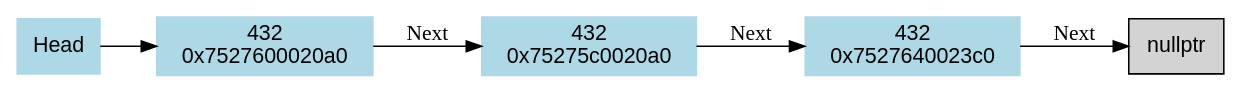
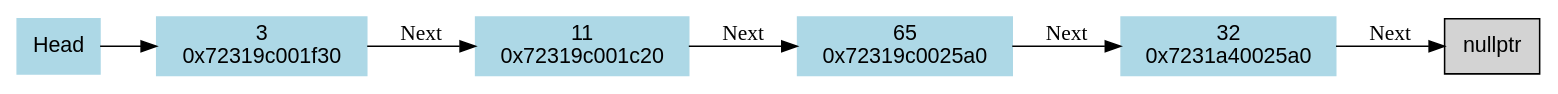
One commit to HenryD11703/estructuras-de-datos changed the diagram in utils/graphviz/linkedList.dot. Above: the diagram before and after it, drawn with Graphviz. The commit also changed 2 other files, not shown here.

```diff
--- a/utils/graphviz/linkedList.dot
+++ b/utils/graphviz/linkedList.dot
@@ -1,13 +1,15 @@
 digraph g {
 node [shape=box, style=filled, fontname="Helvetica"];
 Head [label="Head", color=lightblue, fillcolor=lightblue];
-Head ->"0x7527600020a0"
-"0x7527600020a0"[label="432\n0x7527600020a0", color=lightblue, fillcolor=lightblue];
-"0x7527600020a0" -> "0x75275c0020a0"[label="Next", color=black];
-"0x75275c0020a0"[label="432\n0x75275c0020a0", color=lightblue, fillcolor=lightblue];
-"0x75275c0020a0" -> "0x7527640023c0"[label="Next", color=black];
-"0x7527640023c0"[label="432\n0x7527640023c0", color=lightblue, fillcolor=lightblue];
-"0x7527640023c0" -> nullptr [label="Next", color=black];
+Head ->"0x72319c001f30"
+"0x72319c001f30"[label="3\n0x72319c001f30", color=lightblue, fillcolor=lightblue];
+"0x72319c001f30" -> "0x72319c001c20"[label="Next", color=black];
+"0x72319c001c20"[label="11\n0x72319c001c20", color=lightblue, fillcolor=lightblue];
+"0x72319c001c20" -> "0x72319c0025a0"[label="Next", color=black];
+"0x72319c0025a0"[label="65\n0x72319c0025a0", color=lightblue, fillcolor=lightblue];
+"0x72319c0025a0" -> "0x7231a40025a0"[label="Next", color=black];
+"0x7231a40025a0"[label="32\n0x7231a40025a0", color=lightblue, fillcolor=lightblue];
+"0x7231a40025a0" -> nullptr [label="Next", color=black];
 rankdir=LR;
 nodesep = 0.1;
 }
```
